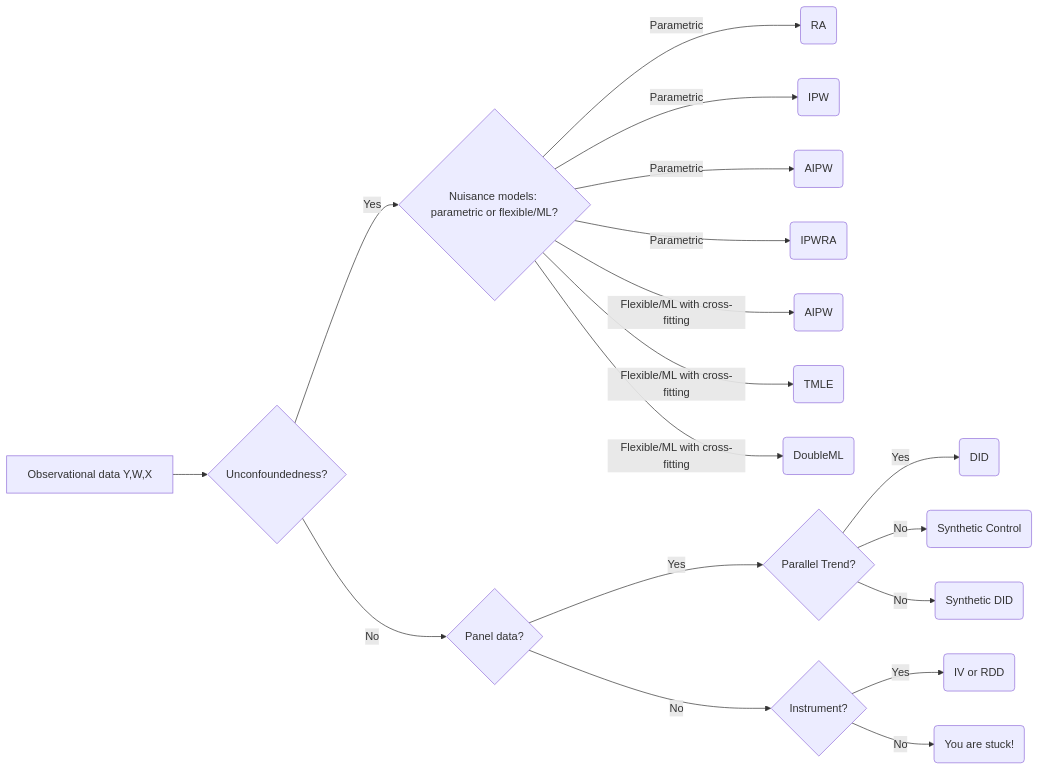
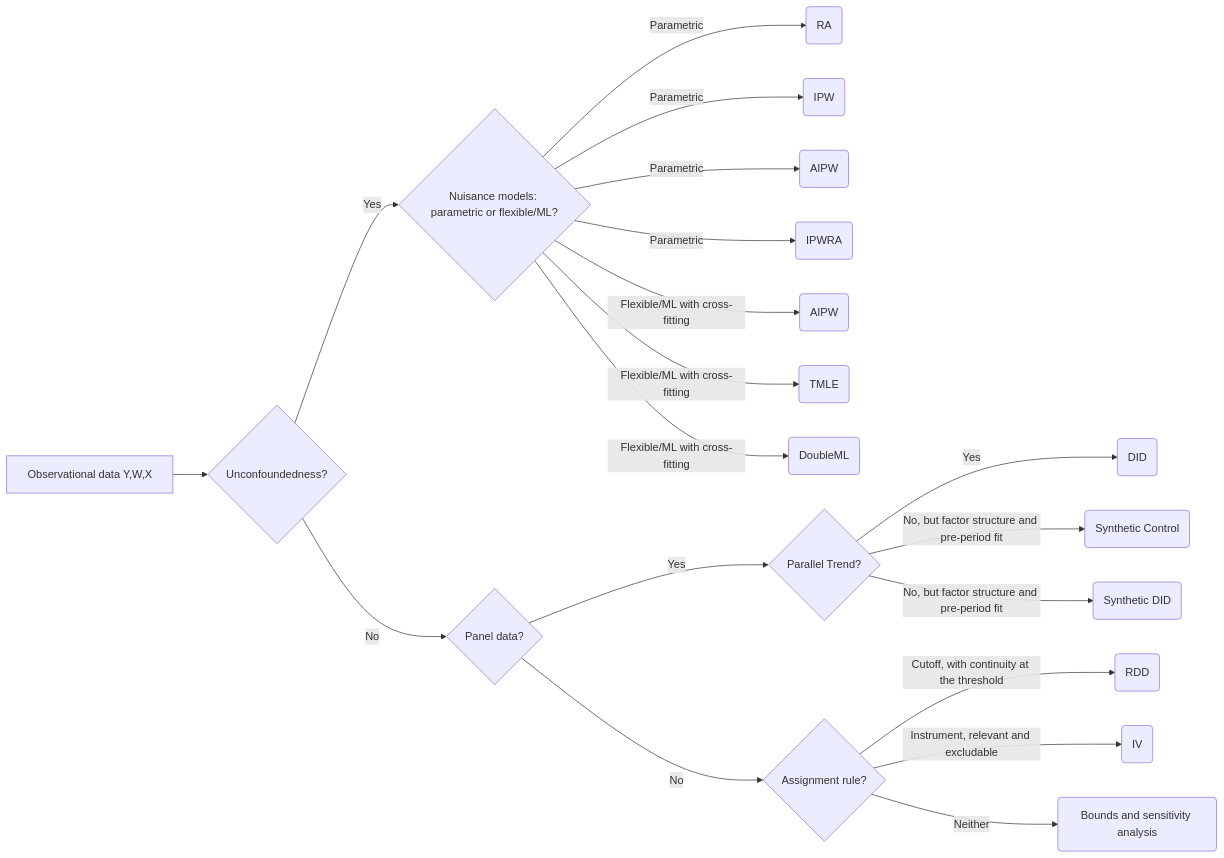
Before and after one commit to xiangao/causal_econometrics_guide: the diagram in identification.qmd, drawn with Mermaid. The commit also changed other lines of this file and 58 other files, not shown here.

````diff
--- a/identification.qmd
+++ b/identification.qmd
@@ -147,22 +149,23 @@
 ```{mermaid}
 %%| fig-width: 6.5
 %%{init: {'flowchart': {'diagramPadding': 30}}}%%
 flowchart LR
   A[Observational data Y,W,X] --> B{Unconfoundedness?}
   B --> | Yes | C{Nuisance models: parametric or flexible/ML?}
   C --> | Parametric | D(RA)
   C --> | Parametric | E(IPW)
   C --> | Parametric | F(AIPW)
   C --> | Parametric | G(IPWRA)
   C --> | Flexible/ML with cross-fitting | H(AIPW)
   C --> | Flexible/ML with cross-fitting | I(TMLE)
   C --> | Flexible/ML with cross-fitting | J(DoubleML)
   B --> | No | K{Panel data?}
   K --> | Yes | L{Parallel Trend?}
   L --> | Yes | M(DID)
-  L --> | No | N(Synthetic Control)
-  L --> | No | O(Synthetic DID)
-  K --> | No | P{Instrument?}
-  P --> | Yes | Q(IV or RDD)
-  P --> | No | R(You are stuck!)
+  L --> | No, but factor structure and pre-period fit | N(Synthetic Control)
+  L --> | No, but factor structure and pre-period fit | O(Synthetic DID)
+  K --> | No | P{Assignment rule?}
+  P --> | Cutoff, with continuity at the threshold | Q2(RDD)
+  P --> | Instrument, relevant and excludable | Q(IV)
+  P --> | Neither | R(Bounds and sensitivity analysis)
 ```
````
